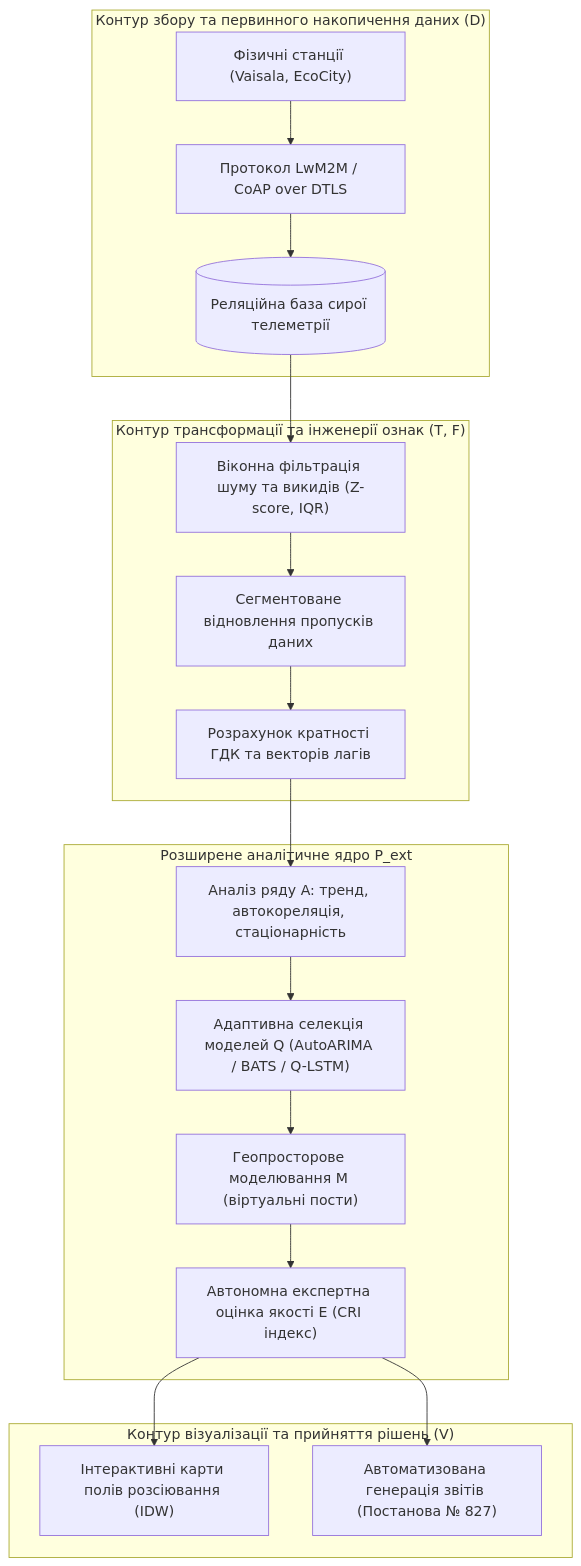
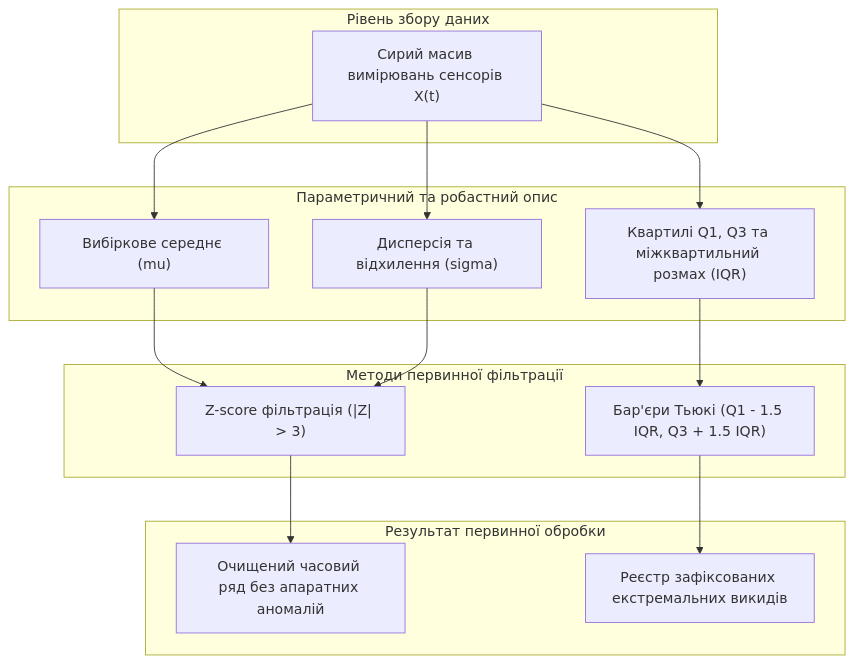
The first of 4 diagrams in docs/lk/lk4.md (KyryloVadurin/eco-systems-analytics), drawn with Mermaid before and after one commit. The commit also changed other lines of this file and 9 other files, not shown here.

````diff
--- a/docs/lk/lk4.md
+++ b/docs/lk/lk4.md
@@ -66,31 +43,30 @@
 ```mermaid
 flowchart TD
-    subgraph DataAcquisition ["Контур збору та первинного накопичення даних (D)"]
-        Sensors["Фізичні станції (Vaisala, EcoCity)"]
-        LwM2M["Протокол LwM2M / CoAP over DTLS"]
-        RawDB[("Реляційна база сирої телеметрії")]
-        Sensors --> LwM2M --> RawDB
+    subgraph INGESTION["Рівень збору даних"]
+        RAW["Сирий масив вимірювань сенсорів X(t)"]
     end
 
-    subgraph PreprocessingPipeline ["Контур трансформації та інженерії ознак (T, F)"]
-        Filter["Віконна фільтрація шуму та викидів (Z-score, IQR)"]
-        Impute["Сегментоване відновлення пропусків даних"]
-        FeatureEng["Розрахунок кратності ГДК та векторів лагів"]
-        RawDB --> Filter --> Impute --> FeatureEng
+    subgraph DESCRIPTIVE["Параметричний та робастний опис"]
+        MEAN["Вибіркове середнє (mu)"]
+        VAR["Дисперсія та відхилення (sigma)"]
+        QUART["Квартилі Q1, Q3 та міжквартильний розмах (IQR)"]
     end
 
-    subgraph PredictiveCore ["Розширене аналітичне ядро P_ext"]
-        AutoAnalysis["Аналіз ряду A: тренд, автокореляція, стаціонарність"]
-        Selection["Адаптивна селекція моделей Q (AutoARIMA / BATS / Q-LSTM)"]
-        VirtualStations["Геопросторове моделювання M (віртуальні пости)"]
-        ExpertEval["Автономна експертна оцінка якості E (CRI індекс)"]
-        FeatureEng --> AutoAnalysis --> Selection --> VirtualStations --> ExpertEval
+    subgraph FILTERING["Методи первинної фільтрації"]
+        Z_SCORE["Z-score фільтрація (|Z| > 3)"]
+        TUKEY["Бар'єри Тьюкі (Q1 - 1.5 IQR, Q3 + 1.5 IQR)"]
     end
 
-    subgraph VisualizationDelivery ["Контур візуалізації та прийняття рішень (V)"]
-        SpatialMap["Інтерактивні карти полів розсіювання (IDW)"]
-        Reports["Автоматизована генерація звітів (Постанова № 827)"]
-        ExpertEval --> SpatialMap
-        ExpertEval --> Reports
+    subgraph OUTPUT["Результат первинної обробки"]
+        CLEAN["Очищений часовий ряд без апаратних аномалій"]
+        FLAG["Реєстр зафіксованих екстремальних викидів"]
     end
+
+    RAW --> MEAN
+    RAW --> VAR
+    RAW --> QUART
+    MEAN & VAR --> Z_SCORE
+    QUART --> TUKEY
+    Z_SCORE --> CLEAN
+    TUKEY --> FLAG
 ```
````
